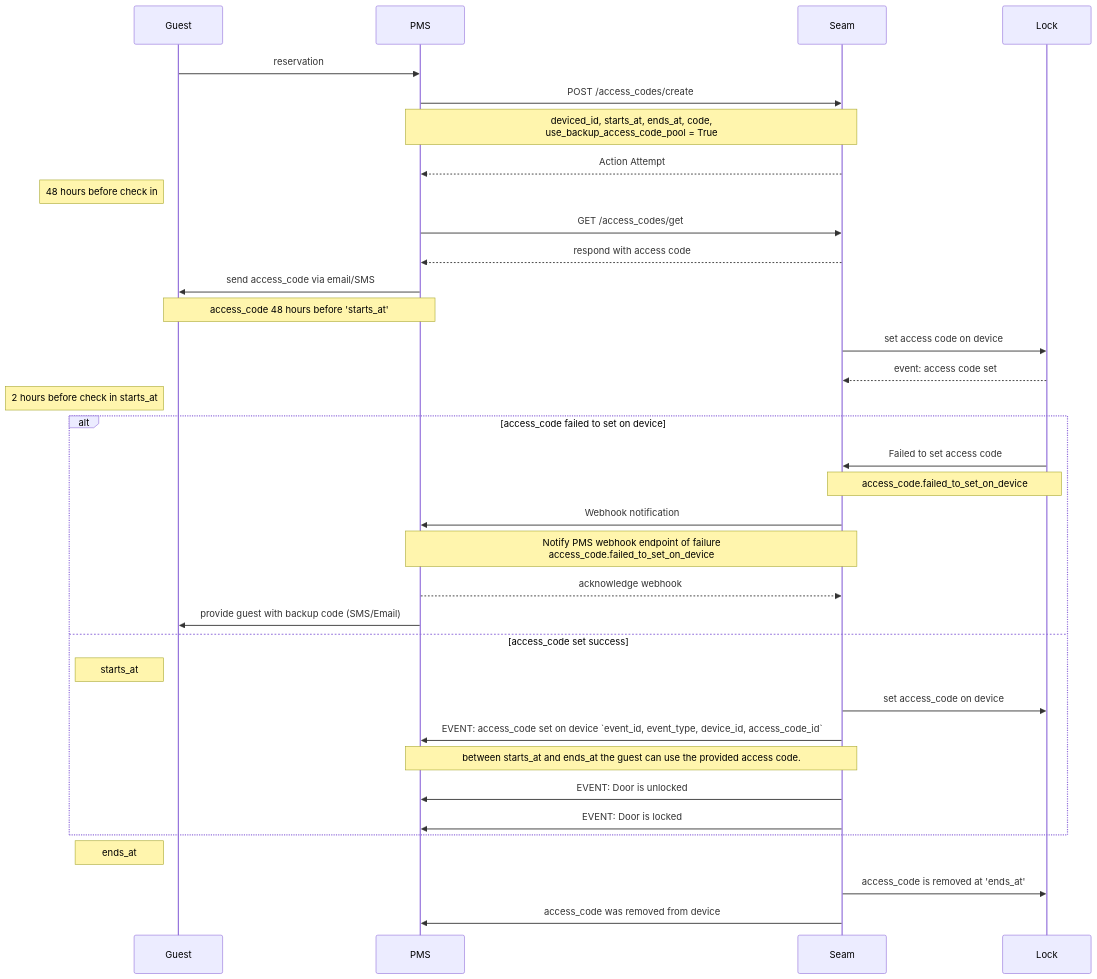
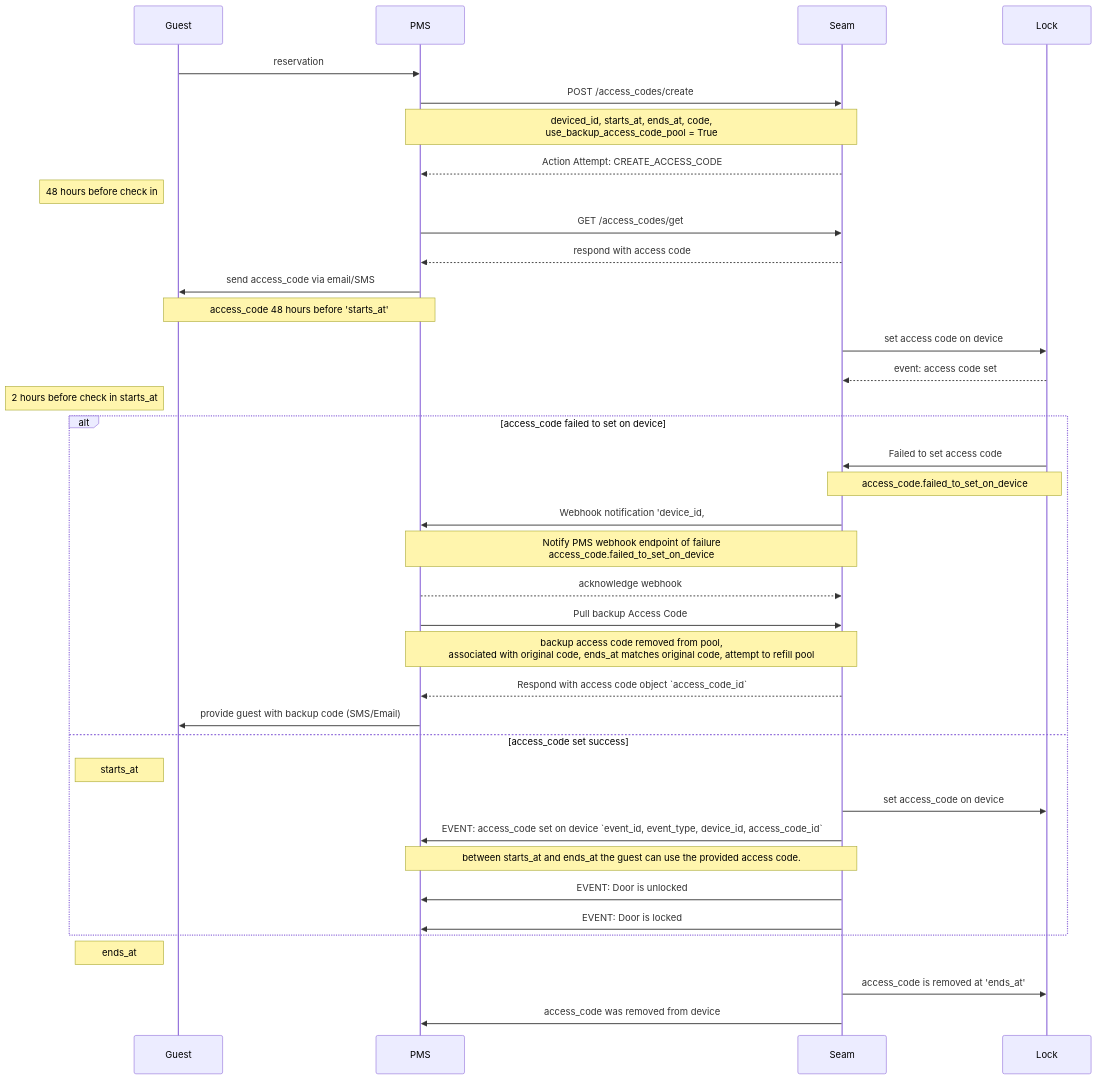
One commit to alexrigler/seam-demo changed the diagram in README.md. Above: the diagram before and after it, drawn with Mermaid. The commit also changed other lines of this file and 2 other files, not shown here.

Commit message:
fixing mistakes

````diff
--- a/README.md
+++ b/README.md
@@ -43,44 +43,47 @@
 ```mermaid
 sequenceDiagram
     participant Guest
     participant PMS
     participant Seam 
     participant Lock
 
     Guest->>PMS: reservation
     PMS->>Seam: POST /access_codes/create
 
     Note over PMS,Seam: deviced_id, starts_at, ends_at, code, <br/> use_backup_access_code_pool = True
-    Seam-->>PMS: Action Attempt
+    Seam-->>PMS: Action Attempt: CREATE_ACCESS_CODE
 
     %% PMS provides their guest with access code
     Note left of Guest: 48 hours before check in
     PMS->>Seam: GET /access_codes/get
     Seam-->>PMS: respond with access code
     PMS->>Guest: send access_code via email/SMS
     Note over Guest,PMS: access_code 48 hours before 'starts_at'
     Seam->>Lock: set access code on device
     Lock-->>Seam: event: access code set
 
-    %% if PMS recieves webhook
+    %% if PMS recieves webhook notification of failure
     Note left of Guest: 2 hours before check in starts_at
     alt access_code failed to set on device
         Lock->>Seam: Failed to set access code
         Note over Seam,Lock: access_code.failed_to_set_on_device
-        Seam->>PMS: Webhook notification
+        Seam->>PMS: Webhook notification 'device_id, 
         Note over PMS,Seam: Notify PMS webhook endpoint of failure <br/> access_code.failed_to_set_on_device
         PMS-->>Seam: acknowledge webhook 
+        PMS->>Seam: Pull backup Access Code 
+        Note over PMS,Seam: backup access code removed from pool, <br/> associated with original code, ends_at matches original code, attempt to refill pool
+        Seam-->>PMS: Respond with access code object `access_code_id`
         PMS->>Guest: provide guest with backup code (SMS/Email)
 
     else access_code set success
         Note left of Guest: starts_at
         Seam->>Lock: set access_code on device
         Seam->>PMS: EVENT: access_code set on device `event_id, event_type, device_id, access_code_id`
         Note over Seam,PMS: between starts_at and ends_at the guest can use the provided access code.
         Seam->>PMS: EVENT: Door is unlocked 
         Seam->>PMS: EVENT: Door is locked
     end
     Note left of Guest: ends_at
     Seam->>Lock: access_code is removed at 'ends_at'
     Seam->>PMS: access_code was removed from device
 ```
````
